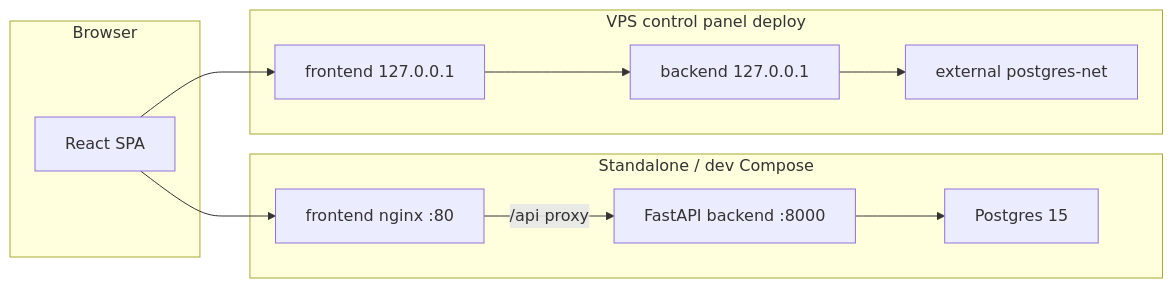
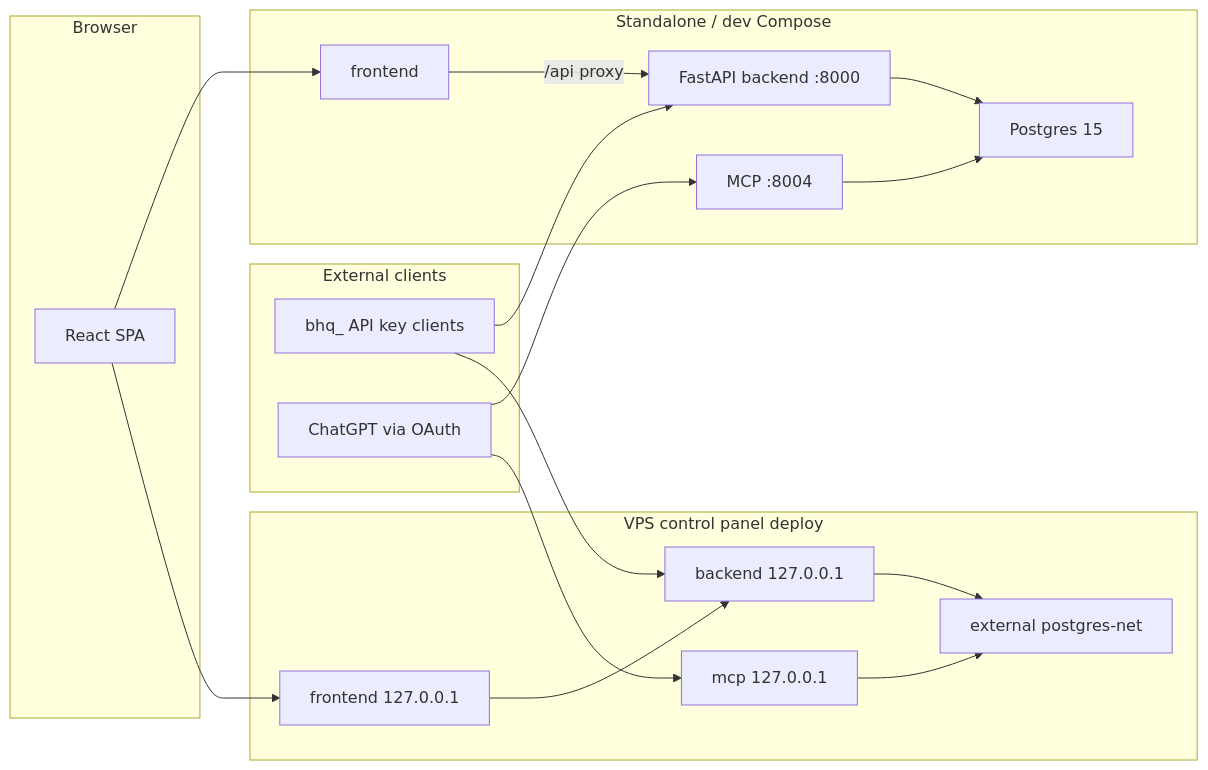
The diagram in README.md (andrewallkin/budgethq), drawn with Mermaid before and after one commit. The commit also changed other lines of this file and 8 other files, not shown here.

First line of the commit message:
Document the MCP service and the current external API keys.

````diff
--- a/README.md
+++ b/README.md
@@ -35,22 +35,34 @@
 ```mermaid
 flowchart LR
   subgraph browser["Browser"]
     SPA["React SPA"]
   end
+  subgraph clients["External clients"]
+    BOT["bhq_ API key clients"]
+    GPT["ChatGPT via OAuth"]
+  end
   subgraph standalone["Standalone / dev Compose"]
-    FE["frontend nginx :80"]
+    FE["frontend"]
     BE["FastAPI backend :8000"]
+    MCP["MCP :8004"]
     PG["Postgres 15"]
   end
   subgraph vps["VPS control panel deploy"]
     FE2["frontend 127.0.0.1"]
     BE2["backend 127.0.0.1"]
+    MCP2["mcp 127.0.0.1"]
     EXT["external postgres-net"]
   end
   SPA --> FE
   FE -->|"/api proxy"| BE
+  BOT --> BE
+  GPT --> MCP
   BE --> PG
+  MCP --> PG
   SPA --> FE2
   FE2 --> BE2
+  BOT --> BE2
+  GPT --> MCP2
   BE2 --> EXT
+  MCP2 --> EXT
 ```
````
